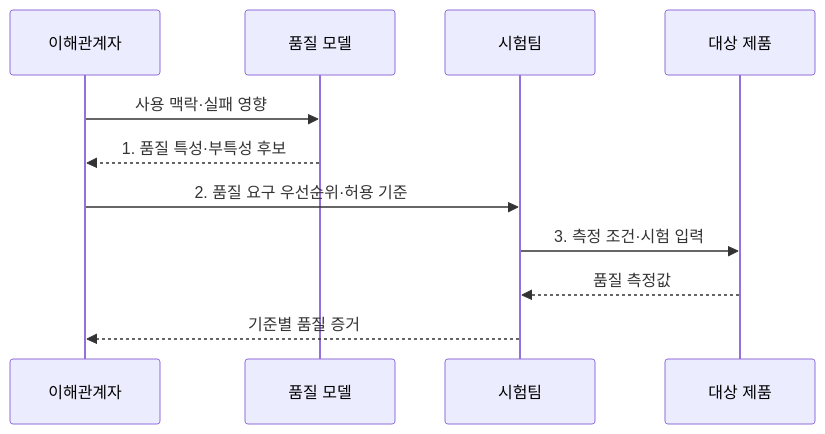
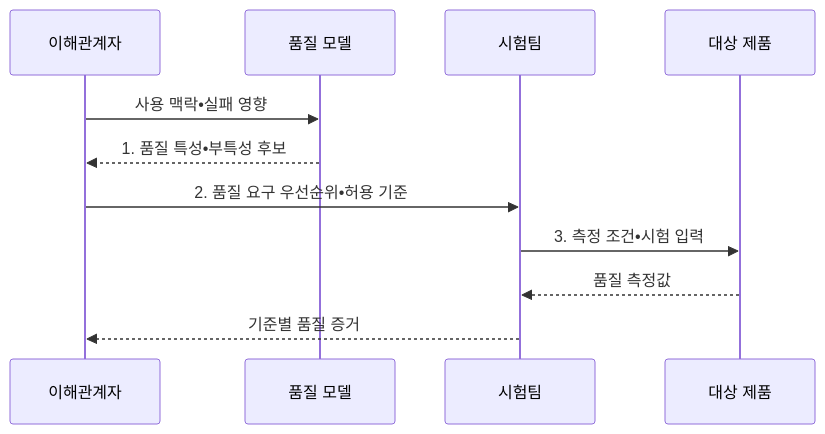
One commit to agnusdei1207/knowledge-base changed the second of 2 diagrams in src/content/docs/notes/03-software/069_software_quality_iso_25010.md. Above: the diagram before and after it, drawn with Mermaid. The commit also changed other lines of this file and 953 other files, not shown here.

````diff
--- a/src/content/docs/notes/03-software/069_software_quality_iso_25010.md
+++ b/src/content/docs/notes/03-software/069_software_quality_iso_25010.md
@@ -117,13 +117,13 @@
 ```mermaid
 sequenceDiagram
     participant S as 이해관계자
     participant Q as 품질 모델
     participant T as 시험팀
     participant P as 대상 제품
-    S->>Q: 사용 맥락·실패 영향
-    Q-->>S: 1. 품질 특성·부특성 후보
-    S->>T: 2. 품질 요구 우선순위·허용 기준
-    T->>P: 3. 측정 조건·시험 입력
+    S->>Q: 사용 맥락•실패 영향
+    Q-->>S: 1. 품질 특성•부특성 후보
+    S->>T: 2. 품질 요구 우선순위•허용 기준
+    T->>P: 3. 측정 조건•시험 입력
     P-->>T: 품질 측정값
     T-->>S: 기준별 품질 증거
 ```
````
